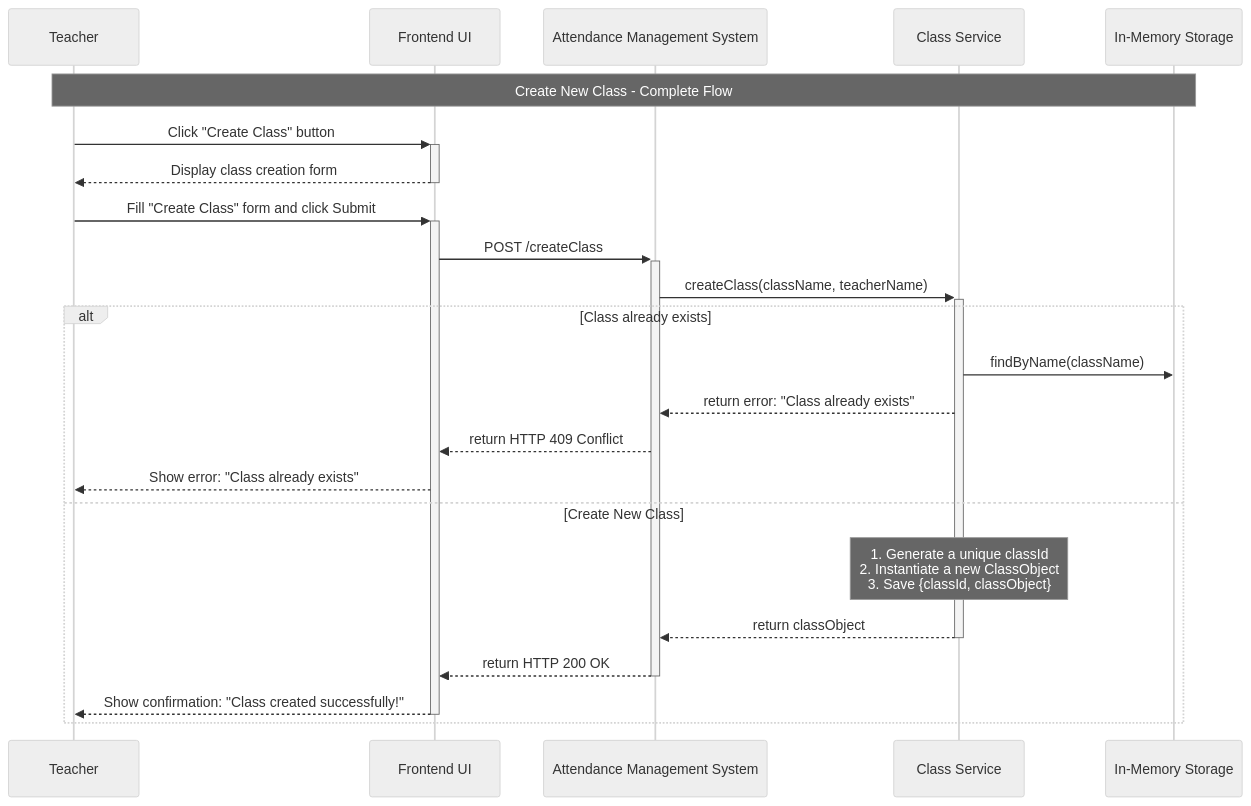
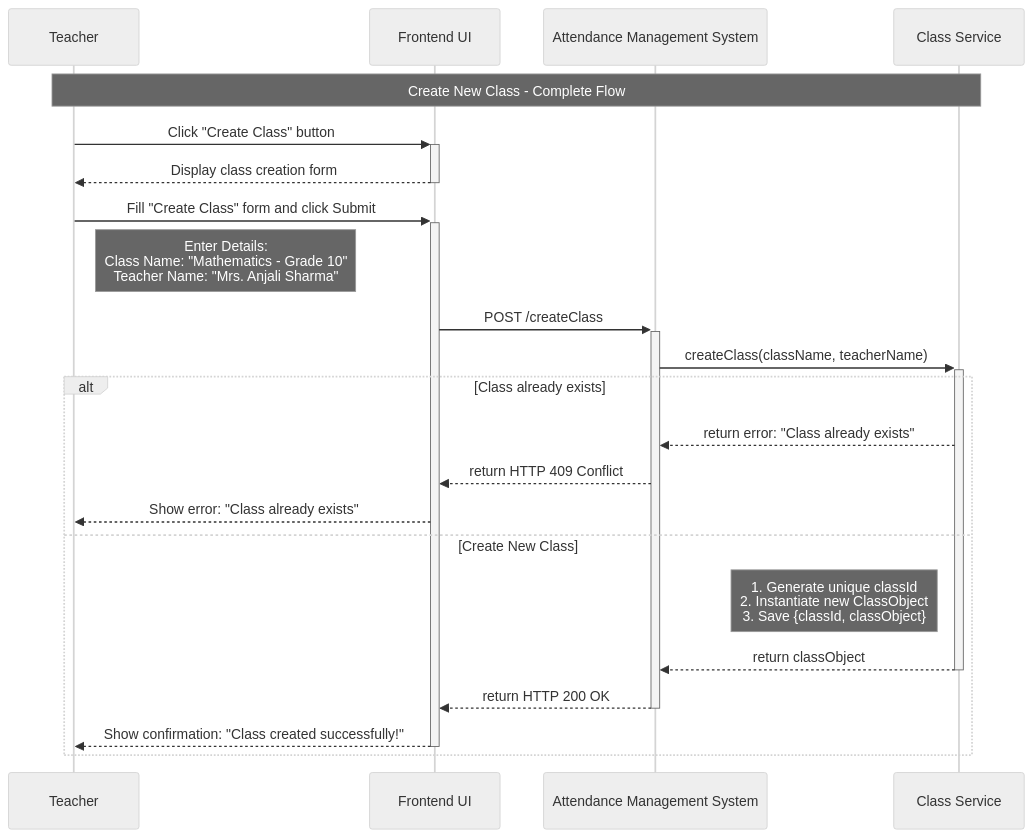
One commit to NishchayAnand/software-engineering changed the first of 4 diagrams in Backend Engineering/Case Studies/Case Study 1. Attendance Management System/Documentation/2. Sequence Flow.md. Above: the diagram before and after it, drawn with Mermaid (neutral theme). The commit also changed 4 other files, not shown here.

````diff
--- a/Backend Engineering/Case Studies/Case Study 1. Attendance Management System/Documentation/2. Sequence Flow.md
+++ b/Backend Engineering/Case Studies/Case Study 1. Attendance Management System/Documentation/2. Sequence Flow.md
@@ -30,31 +30,30 @@
 ```mermaid
 sequenceDiagram
 	participant T as Teacher
 	participant UI as Frontend UI
 	participant AMS as Attendance Management System
 	participant CS as Class Service
-	participant ST as In-Memory Storage
 
-	Note over T,ST: Create New Class - Complete Flow
+	Note over T,CS: Create New Class - Complete Flow
 
 	%% Interaction 1: Click the "Create Class" Button
 	T->>+UI: Click "Create Class" button
 	UI-->>-T: Display class creation form
 
 	%% Interaction 2: Submit the "Create Class" Form
 	T->>+UI: Fill "Create Class" form and click Submit
+	Note right of T: Enter Details: <br/> Class Name: "Mathematics - Grade 10" <br/> Teacher Name: "Mrs. Anjali Sharma"
 	UI->>+AMS: POST /createClass
 	AMS->>+CS: createClass(className, teacherName)
 
 	alt Class already exists
-		CS->>ST: findByName(className)
 		CS-->>AMS: return error: "Class already exists"
 		AMS-->>UI: return HTTP 409 Conflict
 		UI-->>T: Show error: "Class already exists"
 	else Create New Class
-		Note over CS: 1. Generate a unique classId <br/> 2. Instantiate a new ClassObject <br/> 3. Save {classId, classObject}
+		Note left of CS: 1. Generate unique classId <br/> 2. Instantiate new ClassObject <br/> 3. Save {classId, classObject}
 		CS-->>-AMS: return classObject
 		AMS-->>-UI: return HTTP 200 OK
 		UI-->>-T: Show confirmation: "Class created successfully!"
 	end
 ```
````
